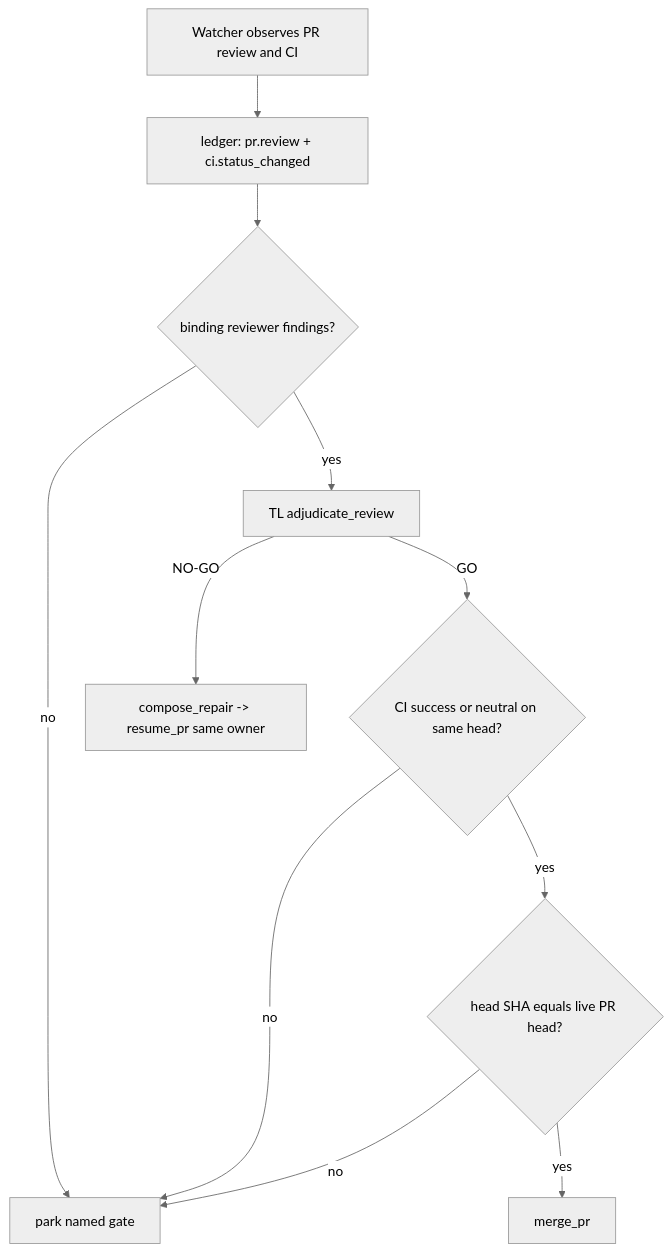
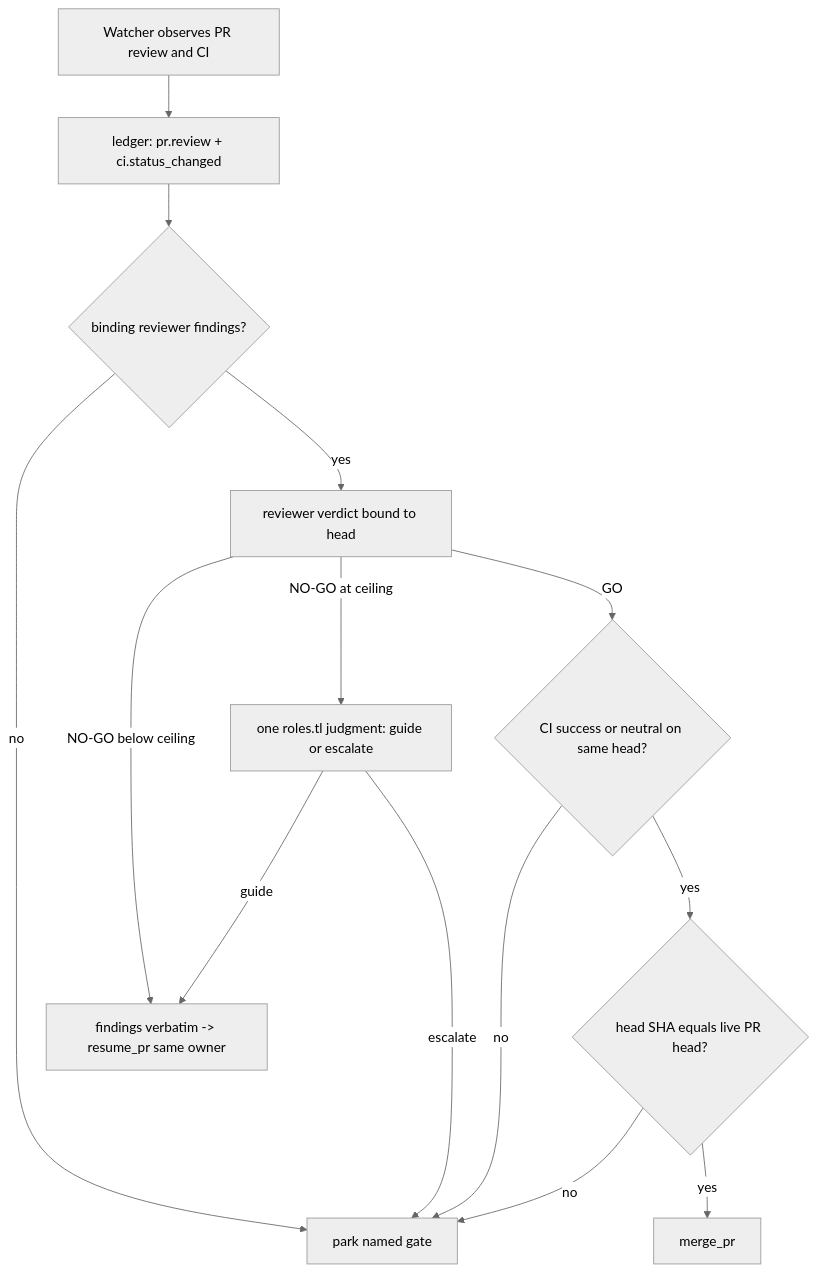
One commit to nanonite/exomonad changed the ninth of 10 diagrams in docs/architecture/agent-system.md. Above: the diagram before and after it, drawn with Mermaid (neutral theme). The commit also changed other lines of this file and 9 other files, not shown here.

````diff
--- a/docs/architecture/agent-system.md
+++ b/docs/architecture/agent-system.md
@@ -489,13 +511,16 @@
 ```mermaid
 flowchart TD
   A[Watcher observes PR review and CI] --> B[ledger: pr.review + ci.status_changed]
   B --> C{binding reviewer findings?}
   C -- no --> Z[park named gate]
-  C -- yes --> D[TL adjudicate_review]
-  D -- NO-GO --> R[compose_repair -> resume_pr same owner]
+  C -- yes --> D[reviewer verdict bound to head]
+  D -- NO-GO below ceiling --> R[findings verbatim -> resume_pr same owner]
+  D -- NO-GO at ceiling --> S[one roles.tl judgment: guide or escalate]
+  S -- guide --> R
+  S -- escalate --> Z
   D -- GO --> E{CI success or neutral on same head?}
   E -- no --> Z
   E -- yes --> F{head SHA equals live PR head?}
   F -- no --> Z
   F -- yes --> G[merge_pr]
 ```
````
